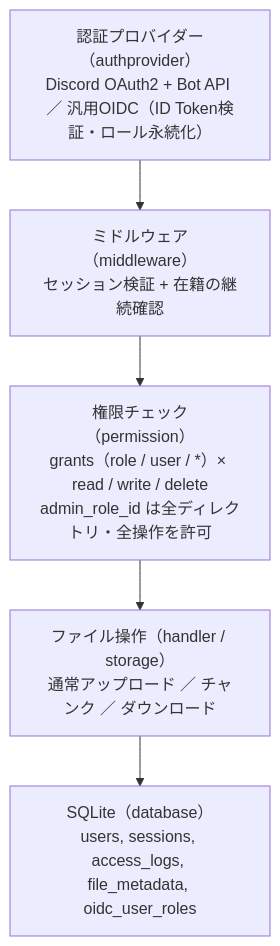
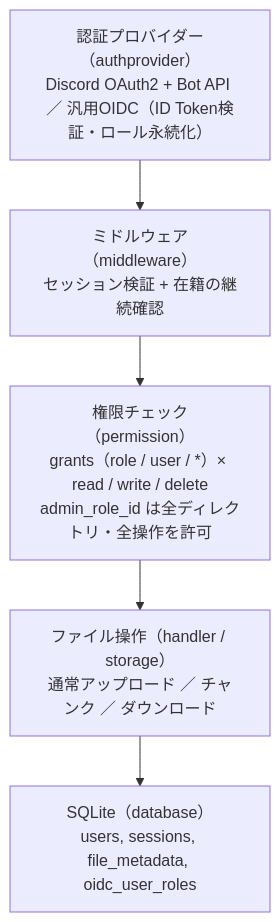
Before and after one commit to leCielEtoile/fileGo: the diagram in README.md, drawn with Mermaid. The commit also changed other lines of this file and 9 other files, not shown here.

````diff
--- a/README.md
+++ b/README.md
@@ -98,9 +100,9 @@
 ```mermaid
 flowchart TB
     A["認証プロバイダー（authprovider）<br/>Discord OAuth2 + Bot API ／ 汎用OIDC（ID Token検証・ロール永続化）"]
     B["ミドルウェア（middleware）<br/>セッション検証 + 在籍の継続確認"]
     C["権限チェック（permission）<br/>grants（role / user / *）× read / write / delete<br/>admin_role_id は全ディレクトリ・全操作を許可"]
     D["ファイル操作（handler / storage）<br/>通常アップロード ／ チャンク ／ ダウンロード"]
-    E["SQLite（database）<br/>users, sessions, access_logs, file_metadata, oidc_user_roles"]
+    E["SQLite（database）<br/>users, sessions, file_metadata, oidc_user_roles"]
     A --> B --> C --> D --> E
 ```
````
